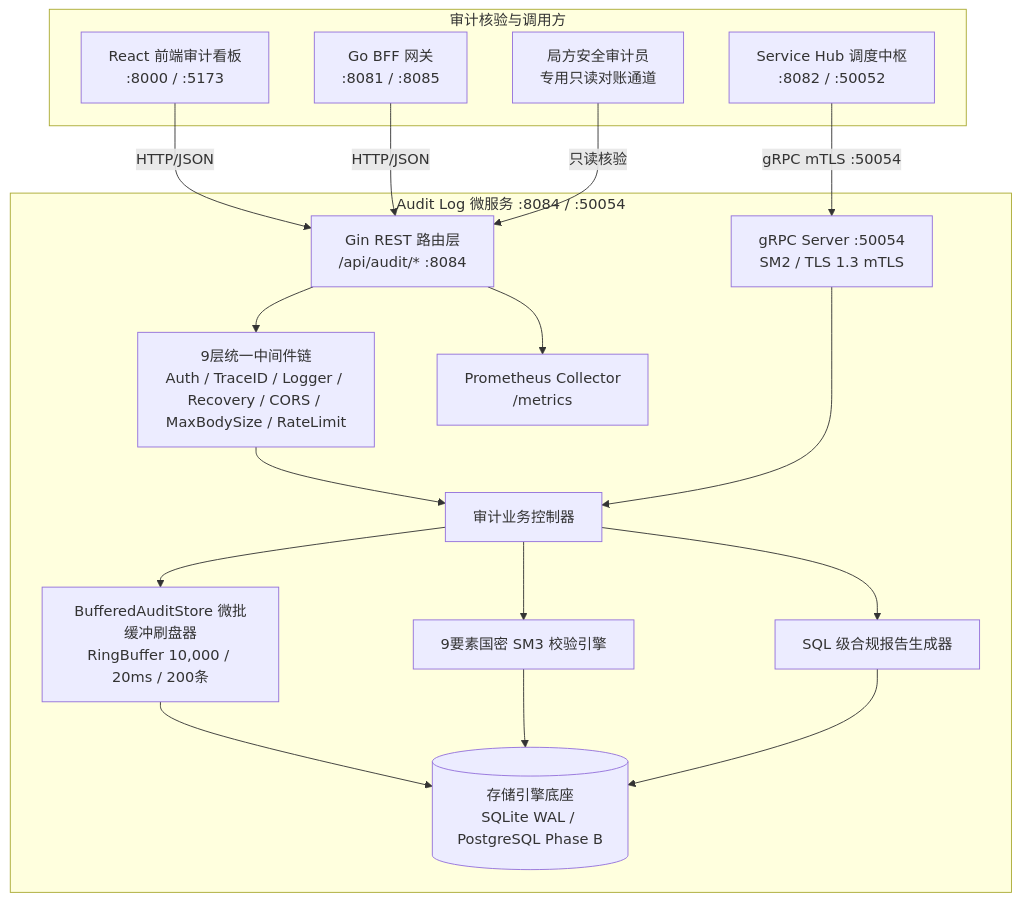
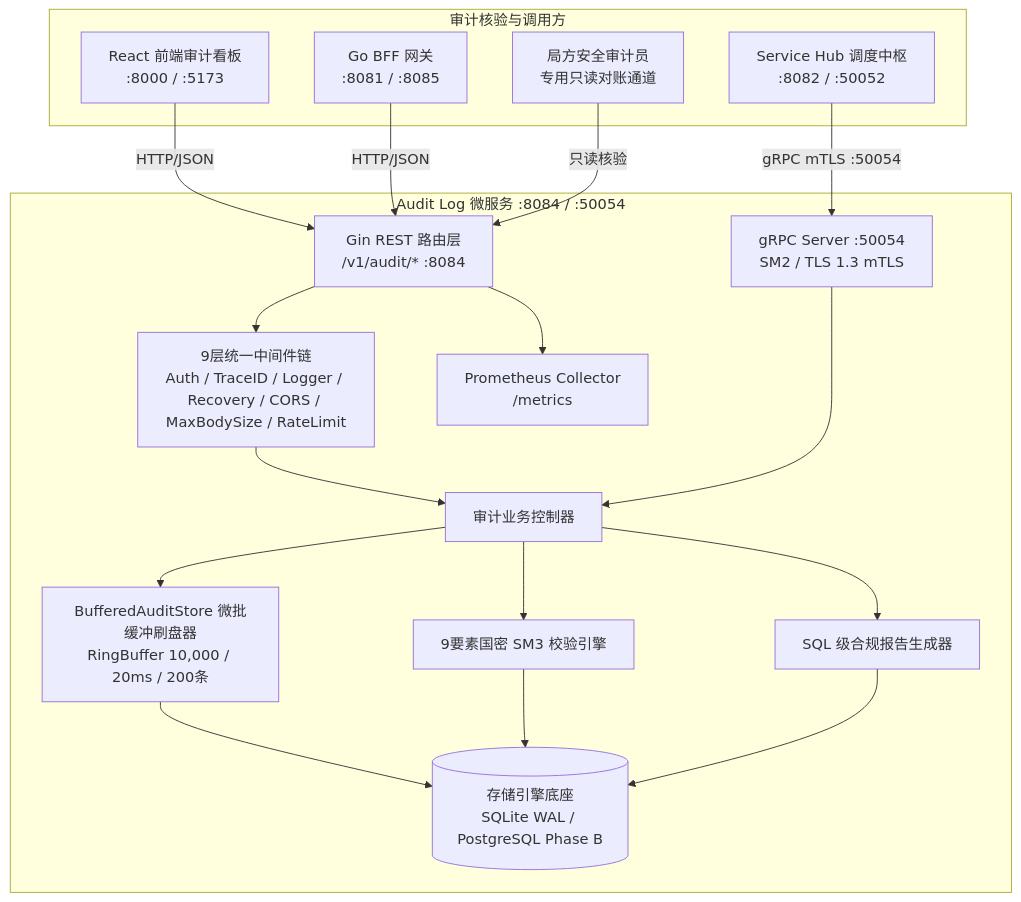
The first of 3 diagrams in services/audit-log/docs/design.md (fengzhizi319/PrivShield-go), drawn with Mermaid before and after one commit. The commit also changed other lines of this file and 162 other files, not shown here.

First line of the commit message:
refactor(all): 全栈 REST 路由前缀统一为 /v1，移除 /api 段

````diff
--- a/services/audit-log/docs/design.md
+++ b/services/audit-log/docs/design.md
@@ -23,40 +23,40 @@
 ```mermaid
 graph TD
     subgraph Clients [审计核验与调用方]
         WebConsole[React 前端审计看板<br/>:8000 / :5173]
         GatewayBFF[Go BFF 网关<br/>:8081 / :8085]
         ServiceHub[Service Hub 调度中枢<br/>:8082 / :50052]
         Auditor[局方安全审计员<br/>专用只读对账通道]
     end
 
     subgraph AuditLogService [Audit Log 微服务 :8084 / :50054]
-        HTTPRouter[Gin REST 路由层<br/>/api/audit/* :8084]
+        HTTPRouter[Gin REST 路由层<br/>/v1/audit/* :8084]
         GRPCRouter[gRPC Server :50054<br/>SM2 / TLS 1.3 mTLS]
         MiddlewareStack[9层统一中间件链<br/>Auth / TraceID / Logger / Recovery / CORS / MaxBodySize / RateLimit]
         PromMetrics[Prometheus Collector<br/>/metrics]
 
         AuditController[审计业务控制器]
         IntegrityEngine[9要素国密 SM3 校验引擎]
         ReportGenerator[SQL 级合规报告生成器]
         Flusher[BufferedAuditStore 微批缓冲刷盘器<br/>RingBuffer 10,000 / 20ms / 200条]
 
         AuditStore[(存储引擎底座<br/>SQLite WAL / PostgreSQL Phase B)]
     end
 
     WebConsole -->|HTTP/JSON| HTTPRouter
     GatewayBFF -->|HTTP/JSON| HTTPRouter
     Auditor -->|只读核验| HTTPRouter
     ServiceHub -->|gRPC mTLS :50054| GRPCRouter
 
     HTTPRouter --> MiddlewareStack
     MiddlewareStack --> AuditController
     GRPCRouter --> AuditController
     HTTPRouter --> PromMetrics
 
     AuditController --> IntegrityEngine
     AuditController --> ReportGenerator
     AuditController --> Flusher
     Flusher --> AuditStore
     IntegrityEngine --> AuditStore
     ReportGenerator --> AuditStore
 ```
````
